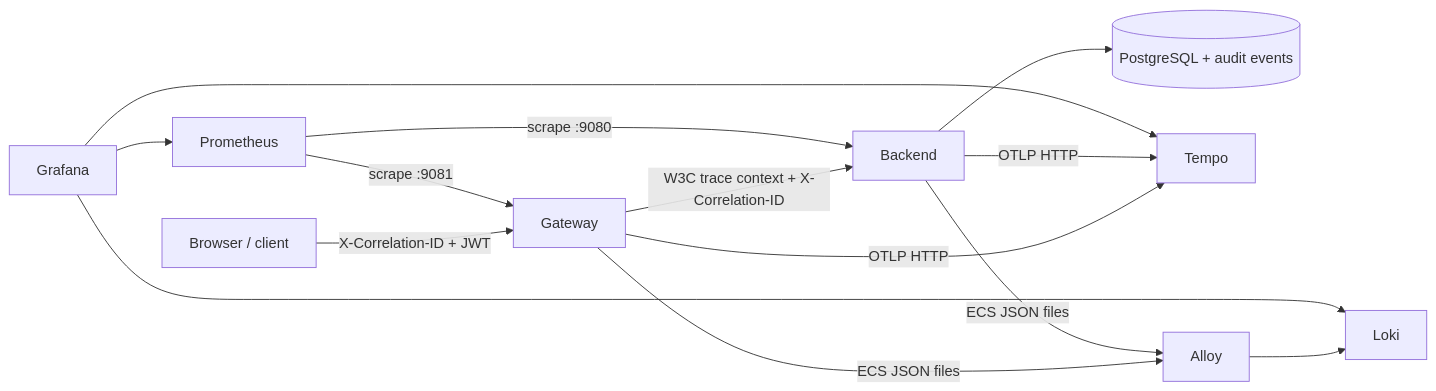
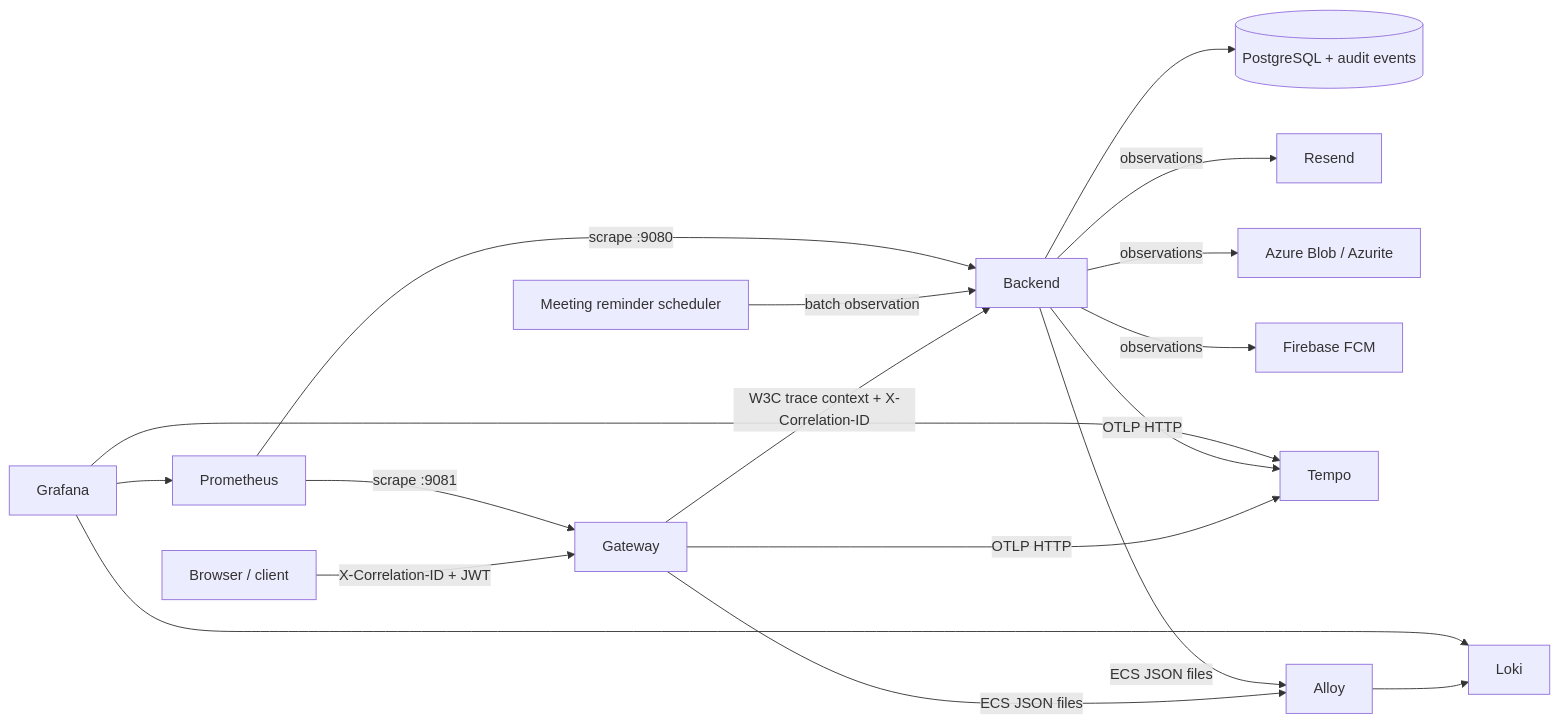
The diagram in docs/observability/architecture.md (3st3b4nR/My_Complex), drawn with Mermaid before and after one commit. The commit also changed other lines of this file and 31 other files, not shown here.

````diff
--- a/docs/observability/architecture.md
+++ b/docs/observability/architecture.md
@@ -3,16 +3,20 @@
 ```mermaid
 flowchart LR
   Client[Browser / client] -->|X-Correlation-ID + JWT| Gateway
   Gateway -->|W3C trace context + X-Correlation-ID| Backend
   Backend --> PostgreSQL[(PostgreSQL + audit events)]
+  Backend -->|observations| Resend[Resend]
+  Backend -->|observations| Blob[Azure Blob / Azurite]
+  Backend -->|observations| Firebase[Firebase FCM]
+  Scheduler[Meeting reminder scheduler] -->|batch observation| Backend
   Prometheus -->|scrape :9081| Gateway
   Prometheus -->|scrape :9080| Backend
   Gateway -->|OTLP HTTP| Tempo
   Backend -->|OTLP HTTP| Tempo
   Gateway -->|ECS JSON files| Alloy
   Backend -->|ECS JSON files| Alloy
   Alloy --> Loki
   Grafana --> Prometheus
   Grafana --> Loki
   Grafana --> Tempo
 ```
````
